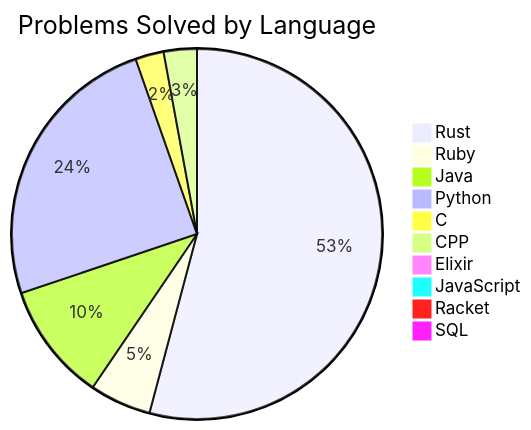
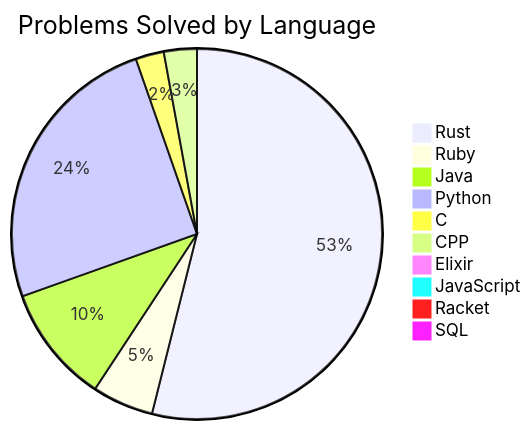
One commit to Liam-Wirth/leetcode-solutions changed the diagram in README.md. Above: the diagram before and after it, drawn with Mermaid. The commit also changed other lines of this file and 3 other files, not shown here.

````diff
--- a/README.md
+++ b/README.md
@@ -29,13 +29,13 @@
 ```mermaid
 pie title Problems Solved by Language
     "Rust": 131
     "Ruby": 13
     "Java": 25
-    "Python": 60
+    "Python": 61
     "C": 6
     "CPP": 7
     "Elixir": 1
     "JavaScript": 2
     "Racket": 1
     "SQL": 2
 ```
````
